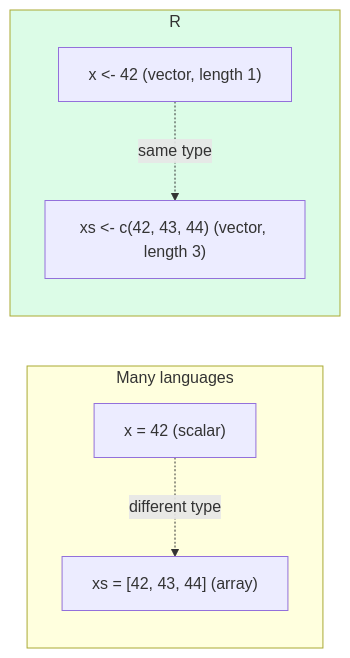
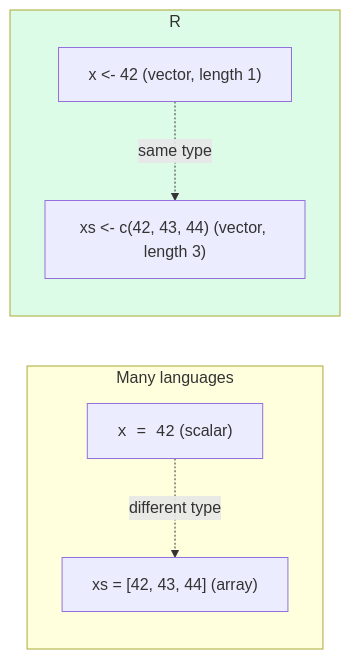
The first of 2 diagrams in content/learn/practical-r-for-beginners/vectors-everywhere.mdx (dataslope/dataslope), drawn with Mermaid before and after one commit. The commit also changed 218 other files, not shown here.

First line of the commit message:
Render code-only mermaid shapes in monospace; convert step sequences to Steps (#467)

````diff
--- a/content/learn/practical-r-for-beginners/vectors-everywhere.mdx
+++ b/content/learn/practical-r-for-beginners/vectors-everywhere.mdx
@@ -53,14 +53,14 @@
 ```mermaid
 flowchart LR
   subgraph other["Many languages"]
-    A1["x = 42 (scalar)"]
+    A1["<code>x = 42</code> (scalar)"]
     A2["xs = [42, 43, 44] (array)"]
     A1 -.different type.-> A2
   end
   subgraph R["R"]
     B1["x <- 42 (vector, length 1)"]
     B2["xs <- c(42, 43, 44) (vector, length 3)"]
     B1 -.same type.-> B2
   end
   style R fill:#dcfce7
 ```
````
